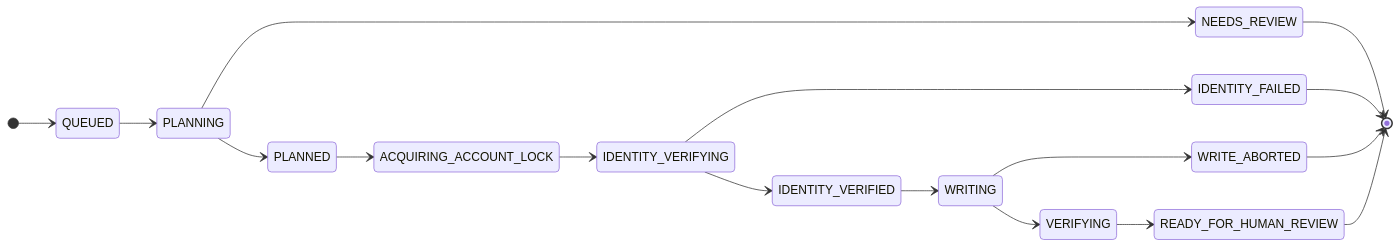
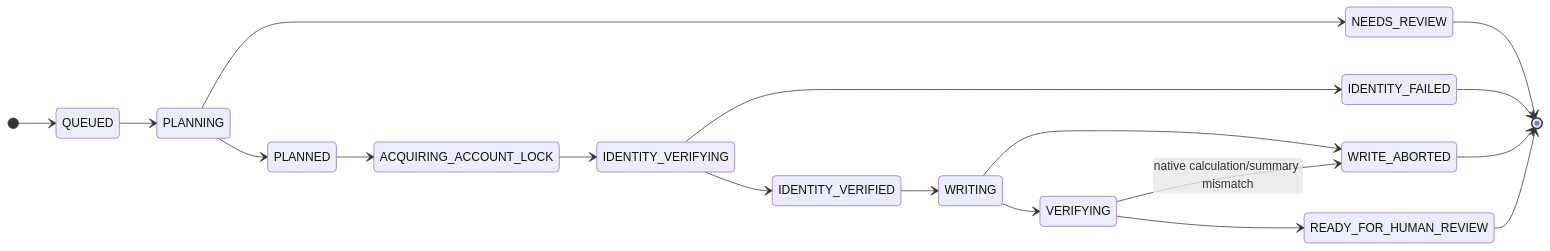
Before and after one commit to mohammedkasmii/mcma_agent: the second of 2 diagrams in docs/architecture/WORKFLOW_STATE_MODEL.md, drawn with Mermaid. The commit also changed other lines of this file and 16 other files, not shown here.

````diff
--- a/docs/architecture/WORKFLOW_STATE_MODEL.md
+++ b/docs/architecture/WORKFLOW_STATE_MODEL.md
@@ -35,20 +35,21 @@
 ```mermaid
 stateDiagram-v2
   direction LR
   [*] --> QUEUED
   QUEUED --> PLANNING
   PLANNING --> NEEDS_REVIEW
   PLANNING --> PLANNED
   PLANNED --> ACQUIRING_ACCOUNT_LOCK
   ACQUIRING_ACCOUNT_LOCK --> IDENTITY_VERIFYING
   IDENTITY_VERIFYING --> IDENTITY_VERIFIED
   IDENTITY_VERIFYING --> IDENTITY_FAILED
   IDENTITY_VERIFIED --> WRITING
   WRITING --> VERIFYING
   WRITING --> WRITE_ABORTED
   VERIFYING --> READY_FOR_HUMAN_REVIEW
+  VERIFYING --> WRITE_ABORTED: native calculation/summary mismatch
   NEEDS_REVIEW --> [*]
   IDENTITY_FAILED --> [*]
   WRITE_ABORTED --> [*]
   READY_FOR_HUMAN_REVIEW --> [*]
 ```
````
